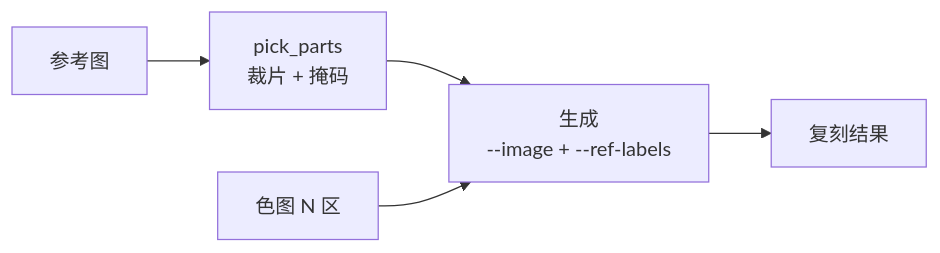
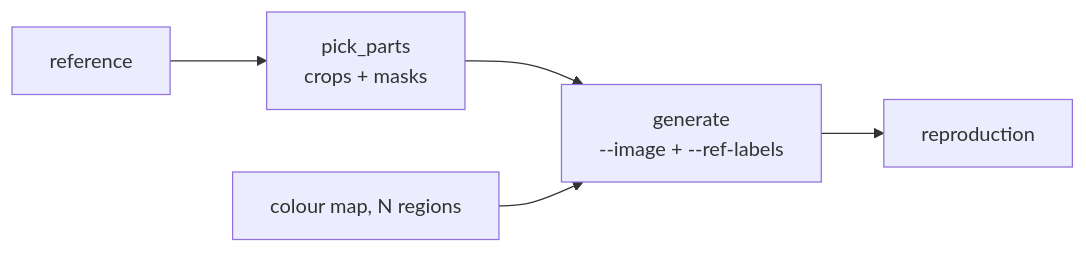
The first of 3 diagrams in README.md (blackll7/moss-image-edit-advanced), drawn with Mermaid before and after one commit. The commit also changed other lines of this file and 2 other files, not shown here.

````diff
--- a/README.md
+++ b/README.md
@@ -359,7 +299,7 @@
 ```mermaid
 flowchart LR
-  R[参考图] --> P["pick_parts<br/>裁片 + 掩码"]
-  P --> G["生成<br/>--image + --ref-labels"]
-  CM["色图 N 区"] --> G
-  G --> O[复刻结果]
+  R[reference] --> P["pick_parts<br/>crops + masks"]
+  P --> G["generate<br/>--image + --ref-labels"]
+  CM["colour map, N regions"] --> G
+  G --> O[reproduction]
 ```
````
